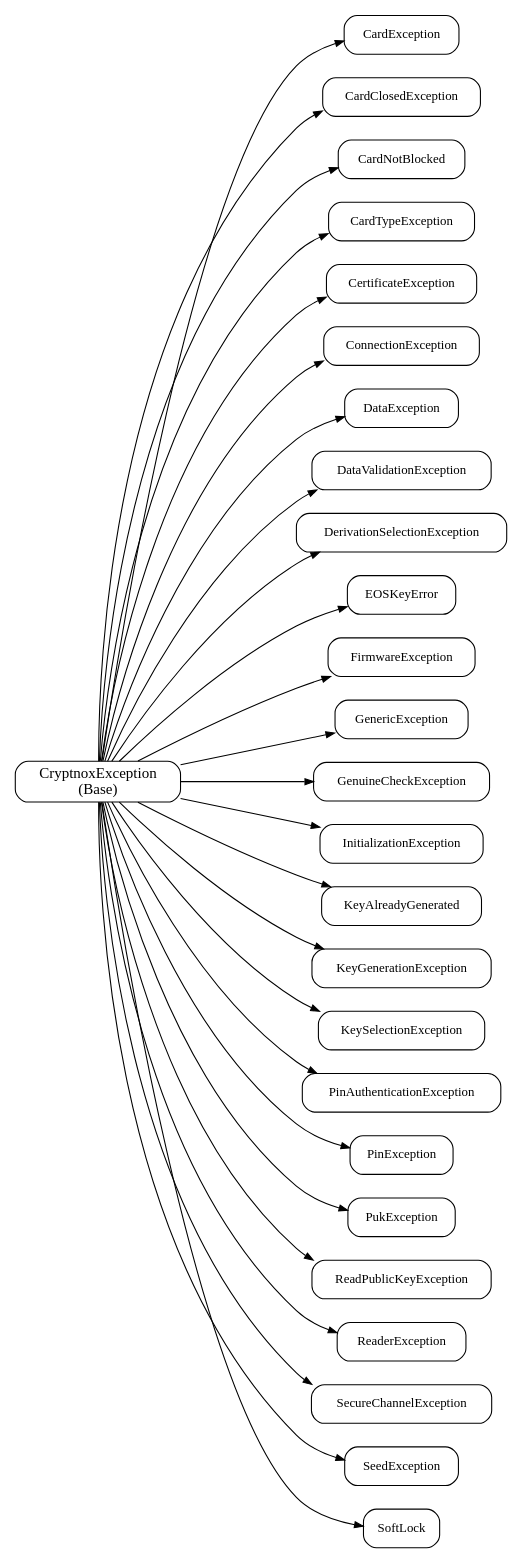
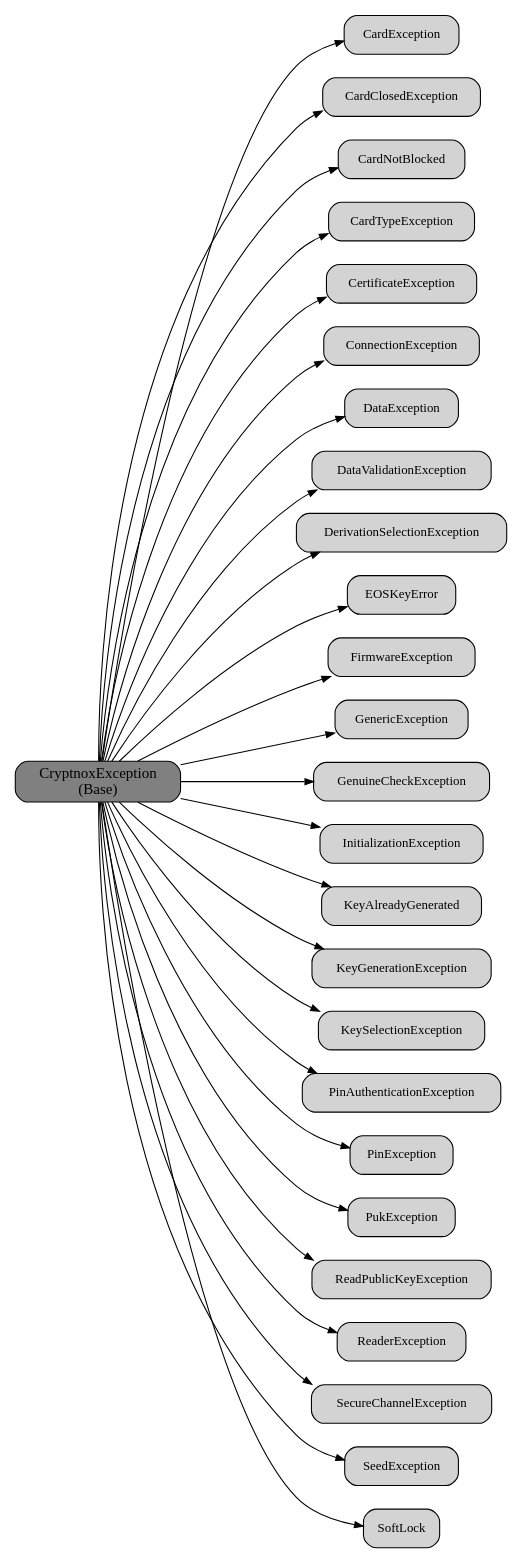
The second of 8 diagrams in docs/class_diagrams.rst (Cryptnox-Software/cryptnoxpy), drawn with Graphviz before and after one commit. The commit also changed other lines of this file and 1 other file, not shown here.

Commit message:
Added gray colors to class diagrams

```diff
--- a/docs/class_diagrams.rst
+++ b/docs/class_diagrams.rst
@@ -76,68 +76,68 @@
 .. graphviz::
    :caption: Exception class hierarchy (expanded view)
 
    digraph exceptions {
       rankdir=LR;
       nodesep=0.3;
       ranksep=1.5;
       size="20,14";
-      node [shape=box, style="rounded", fontsize=12, color=black, fontcolor=black];
+      node [shape=box, style="rounded,filled", fontsize=12, color=black, fontcolor=black, fillcolor=lightgray];
       edge [arrowsize=0.8, color=black];
       
       // Base exception
-      CryptnoxException [fontsize=14, label="CryptnoxException\n(Base)"];
+      CryptnoxException [fontsize=14, label="CryptnoxException\n(Base)", fillcolor=gray];
       
       // All child exceptions
       CardException;
       CardClosedException;
       CardNotBlocked;
       CardTypeException;
       CertificateException;
       ConnectionException;
       DataException;
       DataValidationException;
       DerivationSelectionException;
       EOSKeyError;
       FirmwareException;
       GenericException;
       GenuineCheckException;
       InitializationException;
       KeyAlreadyGenerated;
       KeyGenerationException;
       KeySelectionException;
       PinAuthenticationException;
       PinException;
       PukException;
       ReadPublicKeyException;
       ReaderException;
       SecureChannelException;
       SeedException;
       SoftLock;
       
       // All edges from base
       CryptnoxException -> CardException;
       CryptnoxException -> CardClosedException;
       CryptnoxException -> CardNotBlocked;
       CryptnoxException -> CardTypeException;
       CryptnoxException -> CertificateException;
       CryptnoxException -> ConnectionException;
       CryptnoxException -> DataException;
       CryptnoxException -> DataValidationException;
       CryptnoxException -> DerivationSelectionException;
       CryptnoxException -> EOSKeyError;
       CryptnoxException -> FirmwareException;
       CryptnoxException -> GenericException;
       CryptnoxException -> GenuineCheckException;
       CryptnoxException -> InitializationException;
       CryptnoxException -> KeyAlreadyGenerated;
       CryptnoxException -> KeyGenerationException;
       CryptnoxException -> KeySelectionException;
       CryptnoxException -> PinAuthenticationException;
       CryptnoxException -> PinException;
       CryptnoxException -> PukException;
       CryptnoxException -> ReadPublicKeyException;
       CryptnoxException -> ReaderException;
       CryptnoxException -> SecureChannelException;
       CryptnoxException -> SeedException;
       CryptnoxException -> SoftLock;
    }
```
